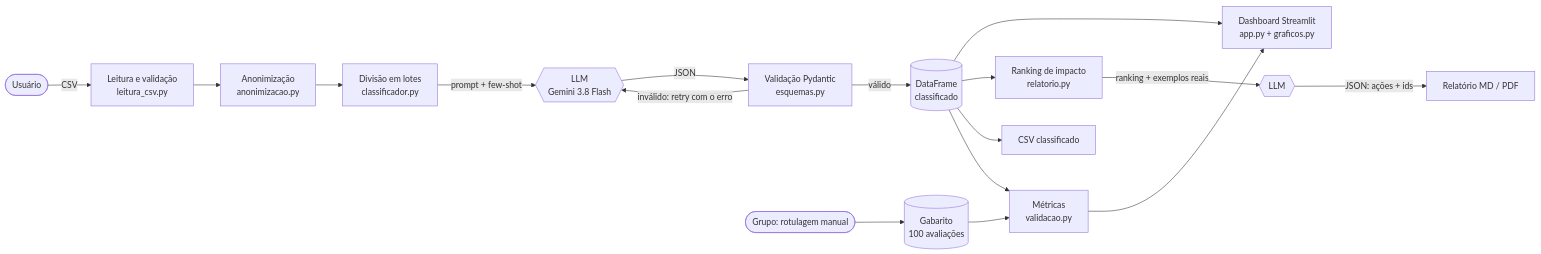
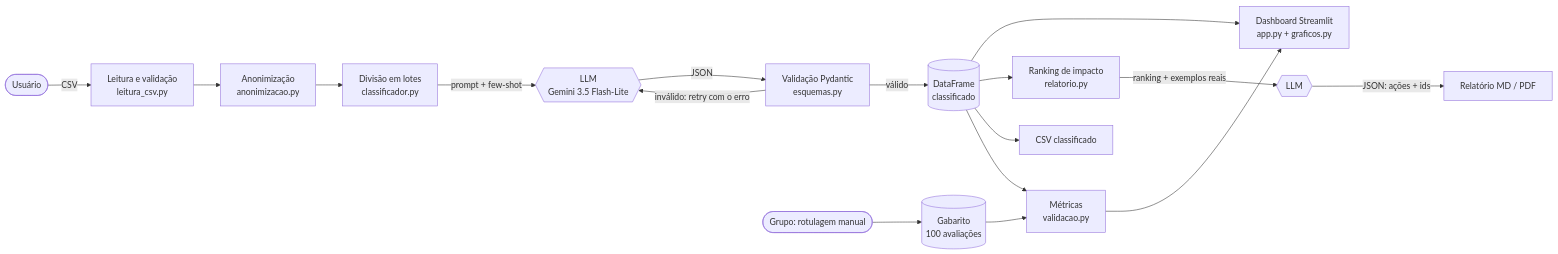
The diagram in docs/etapa-1-arquitetura.md (joaopferreira7/feedback-radar), drawn with Mermaid before and after one commit. The commit also changed other lines of this file and 8 other files, not shown here.

First line of the commit message:
Modelo padrao passa a ser o gemini-3.5-flash-lite

````diff
--- a/docs/etapa-1-arquitetura.md
+++ b/docs/etapa-1-arquitetura.md
@@ -5,19 +5,19 @@
 ```mermaid
 flowchart LR
     U([Usuário]) -->|CSV| L[Leitura e validação<br/>leitura_csv.py]
     L --> A[Anonimização<br/>anonimizacao.py]
     A --> B[Divisão em lotes<br/>classificador.py]
-    B -->|prompt + few-shot| G{{LLM<br/>Gemini 3.8 Flash}}
+    B -->|prompt + few-shot| G{{LLM<br/>Gemini 3.5 Flash-Lite}}
     G -->|JSON| V[Validação Pydantic<br/>esquemas.py]
     V -->|inválido: retry com o erro| G
     V -->|válido| D[(DataFrame<br/>classificado)]
     D --> DB[Dashboard Streamlit<br/>app.py + graficos.py]
     D --> R[Ranking de impacto<br/>relatorio.py]
     R -->|ranking + exemplos reais| G2{{LLM}}
     G2 -->|JSON: ações + ids| R2[Relatório MD / PDF]
     D --> EX[CSV classificado]
     H([Grupo: rotulagem manual]) --> GB[(Gabarito<br/>100 avaliações)]
     GB --> M[Métricas<br/>validacao.py]
     D --> M
     M --> DB
 ```
````
